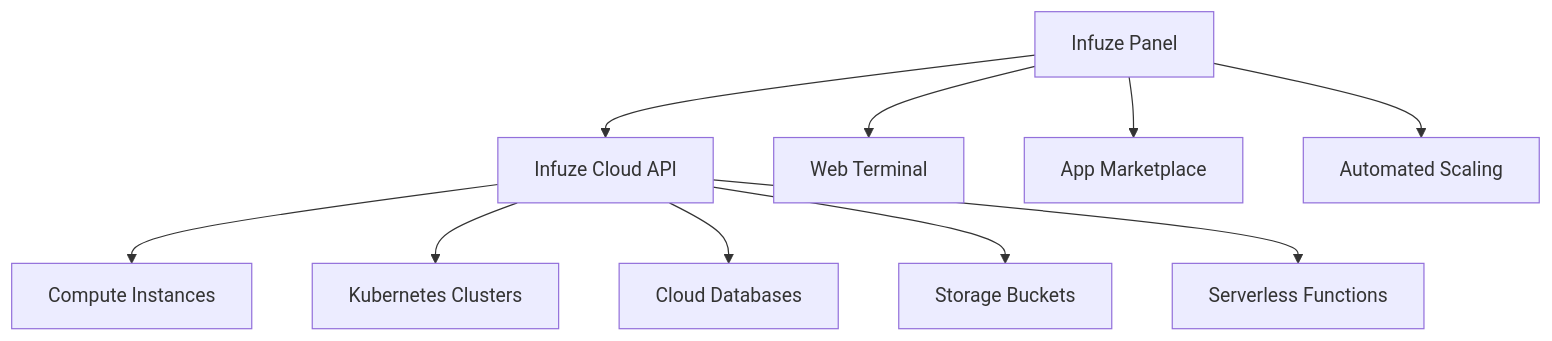
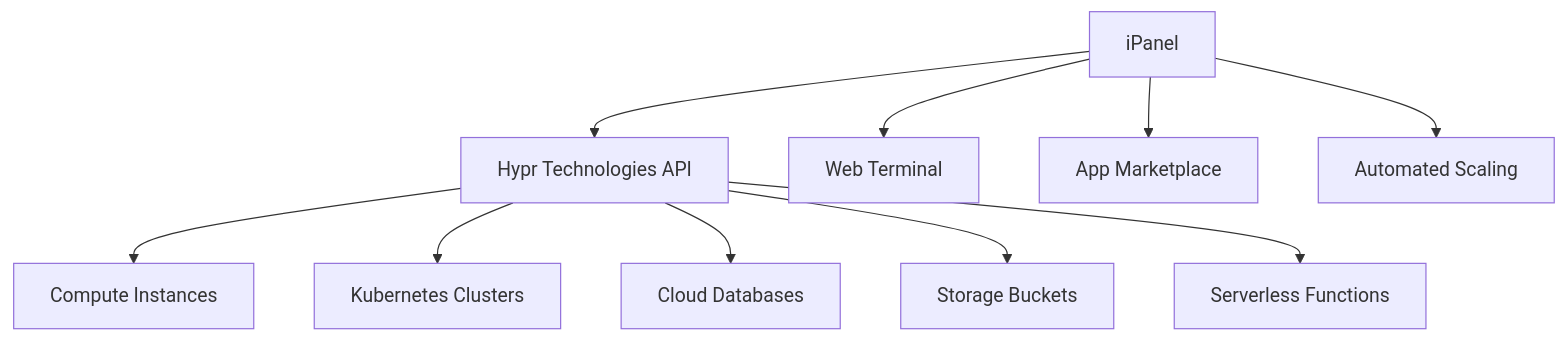
Before and after one commit to hypr-technologies/iPanel: the diagram in README.md, drawn with Mermaid. The commit also changed other lines of this file and 603 other files, not shown here.

````diff
--- a/README.md
+++ b/README.md
@@ -15,12 +15,12 @@
 ```mermaid
 graph TD
-    A[Infuze Panel] --> B[Infuze Cloud API]
+    A[iPanel] --> B[Hypr Technologies API]
     B --> C[Compute Instances]
     B --> D[Kubernetes Clusters]
     B --> E[Cloud Databases]
     B --> F[Storage Buckets]
     B --> G[Serverless Functions]
     A --> H[Web Terminal]
     A --> I[App Marketplace]
     A --> J[Automated Scaling]
 ```
````
